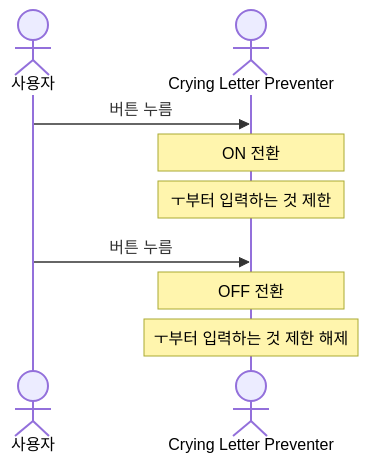
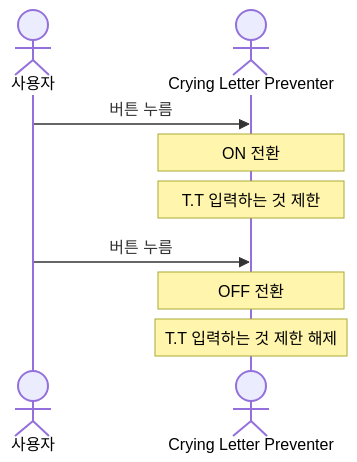
Before and after one commit to sarifor/crying-letter-preventer: the diagram in docs/1. 요구사항 정의/1.2 업무 요구사항 정의/업무 처리 흐름.md, drawn with Mermaid. The commit also changed 4 other files, not shown here.

````diff
--- a/docs/1. 요구사항 정의/1.2 업무 요구사항 정의/업무 처리 흐름.md
+++ b/docs/1. 요구사항 정의/1.2 업무 요구사항 정의/업무 처리 흐름.md
@@ -2,13 +2,13 @@
 ```mermaid
 sequenceDiagram
   actor user as 사용자
   actor extension as Crying Letter Preventer
     
   user->>extension: 버튼 누름
   NOTE over extension: ON 전환
-  NOTE over extension: ㅜ부터 입력하는 것 제한
+  NOTE over extension: T.T 입력하는 것 제한
 
   user->>extension: 버튼 누름
   NOTE over extension: OFF 전환
-  NOTE over extension: ㅜ부터 입력하는 것 제한 해제
+  NOTE over extension: T.T 입력하는 것 제한 해제
 ```
````
